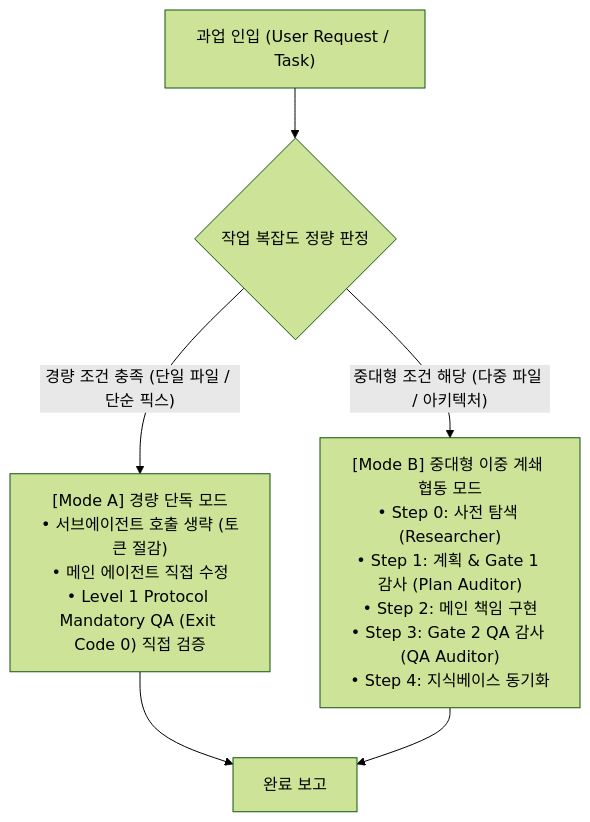
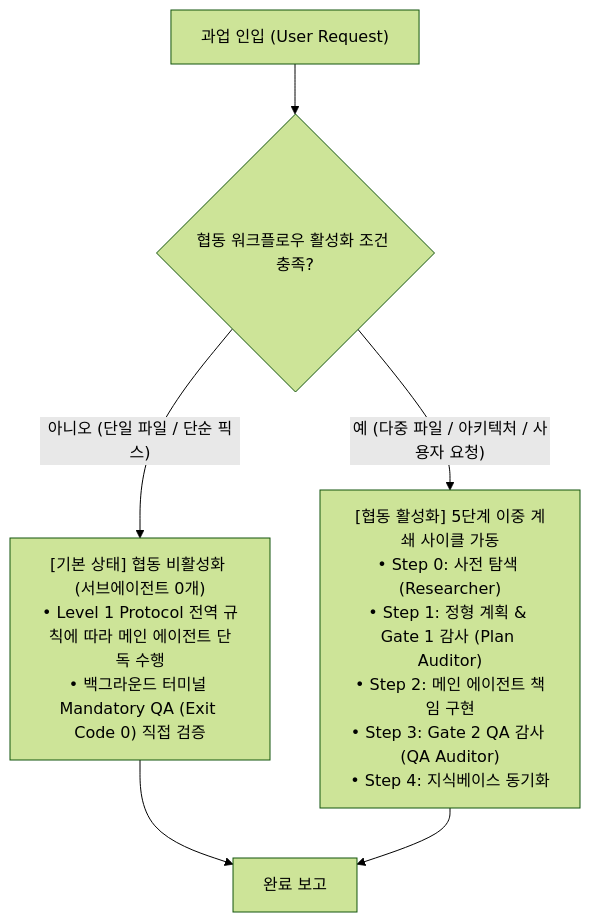
The second of 3 diagrams in ai_agent_refs/Agent_Collaboration_Workflow_Guidelines.md (jin20203458/Obsidian.Agent), drawn with Mermaid (forest theme) before and after one commit. The commit also changed other lines of this file and 1 other file, not shown here.

````diff
--- a/ai_agent_refs/Agent_Collaboration_Workflow_Guidelines.md
+++ b/ai_agent_refs/Agent_Collaboration_Workflow_Guidelines.md
@@ -47,11 +47,11 @@
 ```mermaid
 flowchart TD
-    Task["과업 인입 (User Request / Task)"] --> ScopeJudge{"작업 복잡도 정량 판정"}
+    Task["과업 인입 (User Request)"] --> Threshold{"협동 워크플로우 활성화 조건 충족?"}
+    
+    Threshold -- "아니오 (단일 파일 / 단순 픽스)" --> Solo["[기본 상태] 협동 비활성화 (서브에이전트 0개)<br>• Level 1 Protocol 전역 규칙에 따라 메인 에이전트 단독 수행<br>• 백그라운드 터미널 Mandatory QA (Exit Code 0) 직접 검증"]
+    
+    Threshold -- "예 (다중 파일 / 아키텍처 / 사용자 요청)" --> Team["[협동 활성화] 5단계 이중 계쇄 사이클 가동<br>• Step 0: 사전 탐색 (Researcher)<br>• Step 1: 정형 계획 & Gate 1 감사 (Plan Auditor)<br>• Step 2: 메인 에이전트 책임 구현<br>• Step 3: Gate 2 QA 감사 (QA Auditor)<br>• Step 4: 지식베이스 동기화"]
 
-    ScopeJudge -- "경량 조건 충족 (단일 파일 / 단순 픽스)" --> ModeA["[Mode A] 경량 단독 모드<br>• 서브에이전트 호출 생략 (토큰 절감)<br>• 메인 에이전트 직접 수정<br>• Level 1 Protocol Mandatory QA (Exit Code 0) 직접 검증"]
-    
-    ScopeJudge -- "중대형 조건 해당 (다중 파일 / 아키텍처)" --> ModeB["[Mode B] 중대형 이중 계쇄 협동 모드<br>• Step 0: 사전 탐색 (Researcher)<br>• Step 1: 계획 & Gate 1 감사 (Plan Auditor)<br>• Step 2: 메인 책임 구현<br>• Step 3: Gate 2 QA 감사 (QA Auditor)<br>• Step 4: 지식베이스 동기화"]
-
-    ModeA --> Done["완료 보고"]
-    ModeB --> Done
+    Solo --> Complete["완료 보고"]
+    Team --> Complete
 ```
````
